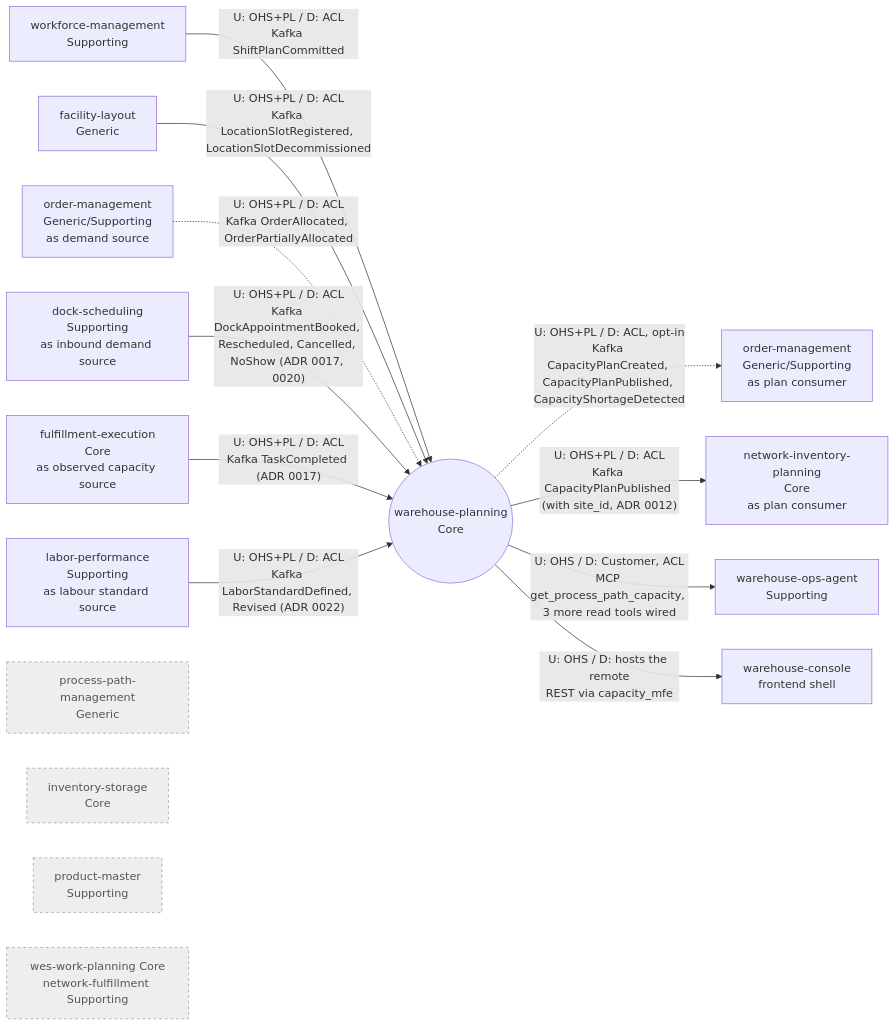
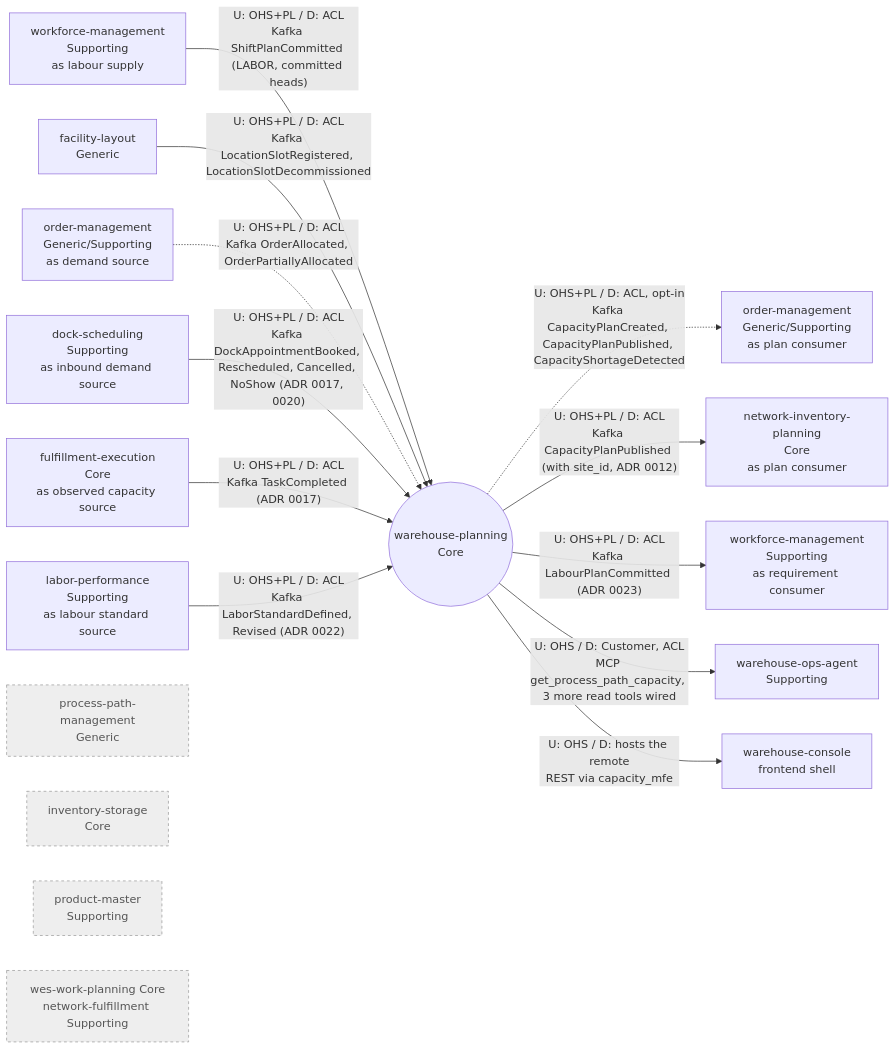
One commit to IQVO/warehouse-planning changed the diagram in docs/docs/ddd/context-map.md. Above: the diagram before and after it, drawn with Mermaid. The commit also changed other lines of this file and 6 other files, not shown here.

First line of the commit message:
docs(requirement): reference pages for the labour standards, forecast, labour plan and drift

````diff
--- a/docs/docs/ddd/context-map.md
+++ b/docs/docs/ddd/context-map.md
@@ -16,37 +16,39 @@
 ```mermaid
 flowchart LR
   WP(("warehouse-planning<br/>Core"))
 
-  WFM["workforce-management<br/>Supporting"]
+  WFM["workforce-management<br/>Supporting<br/>as labour supply"]
+  WFMD["workforce-management<br/>Supporting<br/>as requirement consumer"]
   FL["facility-layout<br/>Generic"]
   OMU["order-management<br/>Generic/Supporting<br/>as demand source"]
   OMD["order-management<br/>Generic/Supporting<br/>as plan consumer"]
   DSC["dock-scheduling<br/>Supporting<br/>as inbound demand source"]
   FEX["fulfillment-execution<br/>Core<br/>as observed capacity source"]
   LPF["labor-performance<br/>Supporting<br/>as labour standard source"]
   OPS["warehouse-ops-agent<br/>Supporting"]
   CON["warehouse-console<br/>frontend shell"]
   PPM["process-path-management<br/>Generic"]
   INV["inventory-storage<br/>Core"]
   PM["product-master<br/>Supporting"]
   NIP["network-inventory-planning<br/>Core<br/>as plan consumer"]
   LATER["wes-work-planning Core<br/>network-fulfillment Supporting"]
 
-  WFM -- "U: OHS+PL / D: ACL<br/>Kafka ShiftPlanCommitted" --> WP
+  WFM -- "U: OHS+PL / D: ACL<br/>Kafka ShiftPlanCommitted (LABOR, committed heads)" --> WP
   FL -- "U: OHS+PL / D: ACL<br/>Kafka LocationSlotRegistered, LocationSlotDecommissioned" --> WP
   OMU -. "U: OHS+PL / D: ACL<br/>Kafka OrderAllocated, OrderPartiallyAllocated" .-> WP
   DSC -- "U: OHS+PL / D: ACL<br/>Kafka DockAppointmentBooked, Rescheduled, Cancelled, NoShow (ADR 0017, 0020)" --> WP
   FEX -- "U: OHS+PL / D: ACL<br/>Kafka TaskCompleted (ADR 0017)" --> WP
   LPF -- "U: OHS+PL / D: ACL<br/>Kafka LaborStandardDefined, Revised (ADR 0022)" --> WP
   WP -. "U: OHS+PL / D: ACL, opt-in<br/>Kafka CapacityPlanCreated, CapacityPlanPublished, CapacityShortageDetected" .-> OMD
   WP -- "U: OHS+PL / D: ACL<br/>Kafka CapacityPlanPublished (with site_id, ADR 0012)" --> NIP
+  WP -- "U: OHS+PL / D: ACL<br/>Kafka LabourPlanCommitted (ADR 0023)" --> WFMD
   WP -- "U: OHS / D: Customer, ACL<br/>MCP get_process_path_capacity, 3 more read tools wired" --> OPS
   WP -- "U: OHS / D: hosts the remote<br/>REST via capacity_mfe" --> CON
   PPM ~~~ WP
   INV ~~~ WP
   PM ~~~ WP
   LATER ~~~ WP
 
   classDef absent fill:#eeeeee,stroke:#999999,color:#555555,stroke-dasharray: 4 4
   class PPM,INV,PM,LATER absent
 ```
````
